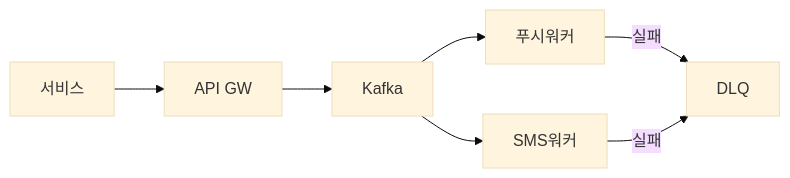
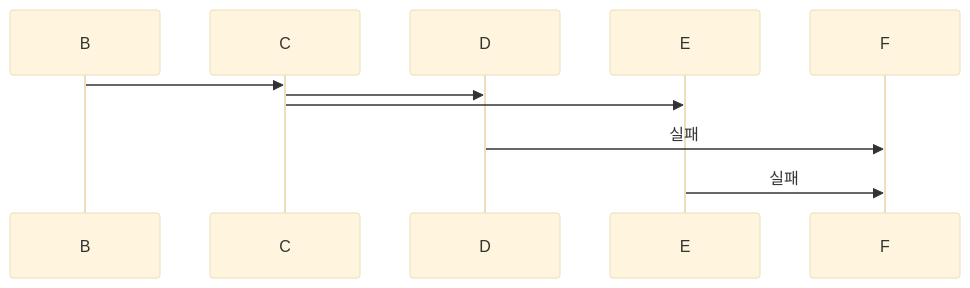
The first of 6 diagrams in _posts/systemdesign/2026-05-02-system-design-notification.md (yjkim2015/yjkim2015.github.io), drawn with Mermaid (base theme) before and after one commit. The commit also changed 89 other files, not shown here.

First line of the commit message:
복잡한 flowchart 163개 → sequenceDiagram 변환 (90파일)

````diff
--- a/_posts/systemdesign/2026-05-02-system-design-notification.md
+++ b/_posts/systemdesign/2026-05-02-system-design-notification.md
@@ -113,8 +113,8 @@
 ```mermaid
-graph LR
-    A[서비스] --> B[API GW]
-    B --> C[Kafka]
-    C --> D[푸시워커]
-    C --> E[SMS워커]
-    D & E -->|실패| F[DLQ]
+sequenceDiagram
+    B->>C: 
+    C->>D: 
+    C->>E: 
+    D->>F: 실패
+    E->>F: 실패
 ```
````
